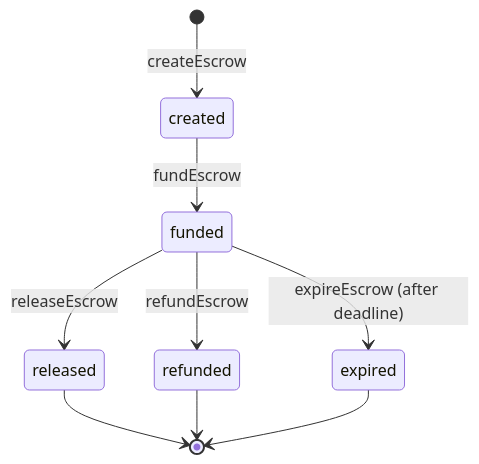
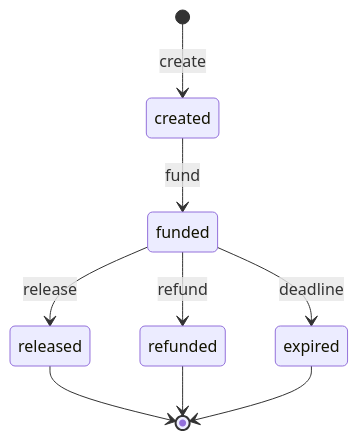
The second of 2 diagrams in packages/docs/content/docs/getting-started/core-concepts/wallet.md (claw-network/clawnet), drawn with Mermaid before and after one commit. The commit also changed other lines of this file and 14 other files, not shown here.

First line of the commit message:
Refactor diagrams and improve clarity in DAO, Identity, Markets, Reputation, Service Contracts, and Wallet documentation

````diff
--- a/packages/docs/content/docs/getting-started/core-concepts/wallet.md
+++ b/packages/docs/content/docs/getting-started/core-concepts/wallet.md
@@ -105,11 +102,11 @@
 ```mermaid
 stateDiagram-v2
-    [*] --> created: createEscrow
-    created --> funded: fundEscrow
-    funded --> released: releaseEscrow
-    funded --> refunded: refundEscrow
-    funded --> expired: expireEscrow (after deadline)
+    [*] --> created : create
+    created --> funded : fund
+    funded --> released : release
+    funded --> refunded : refund
+    funded --> expired : deadline
     released --> [*]
     refunded --> [*]
     expired --> [*]
 ```
````
